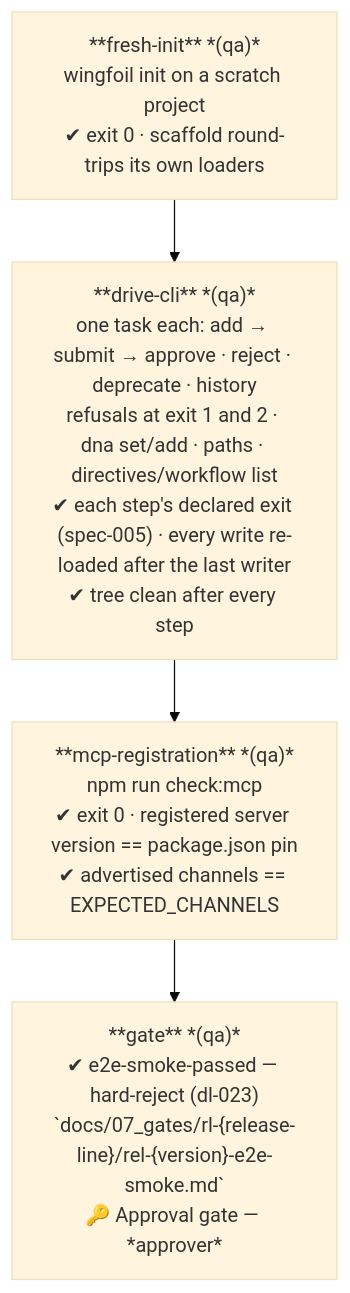
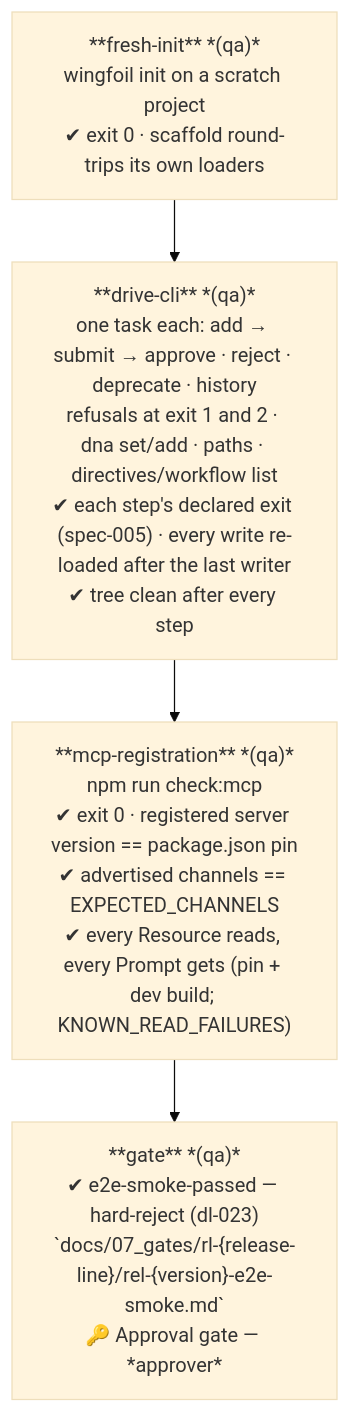
Before and after one commit to wingfoil/wingfoil: diagram 13 of 28 in .wingfoil/WORKFLOW.md, drawn with Mermaid (base theme). The commit also changed 9 other files, not shown here.

````diff
--- a/.wingfoil/WORKFLOW.md
+++ b/.wingfoil/WORKFLOW.md
@@ -340,9 +340,9 @@
 ```mermaid
 flowchart TD
     FI["**fresh-init** *(qa)*\nwingfoil init on a scratch project\n✔ exit 0 · scaffold round-trips its own loaders"]
     DC["**drive-cli** *(qa)*\none task each: add → submit → approve · reject · deprecate · history\nrefusals at exit 1 and 2 · dna set/add · paths · directives/workflow list\n✔ each step's declared exit (spec-005) · every write re-loaded after the last writer\n✔ tree clean after every step"]
-    MR["**mcp-registration** *(qa)*\nnpm run check:mcp\n✔ exit 0 · registered server version == package.json pin\n✔ advertised channels == EXPECTED_CHANNELS"]
+    MR["**mcp-registration** *(qa)*\nnpm run check:mcp\n✔ exit 0 · registered server version == package.json pin\n✔ advertised channels == EXPECTED_CHANNELS\n✔ every Resource reads, every Prompt gets (pin + dev build; KNOWN_READ_FAILURES)"]
     GA["**gate** *(qa)*\n✔ e2e-smoke-passed — hard-reject (dl-023)\n`docs/07_gates/rl-{release-line}/rel-{version}-e2e-smoke.md`\n🔑 Approval gate — *approver*"]
 
     FI --> DC --> MR --> GA
 ```
````
